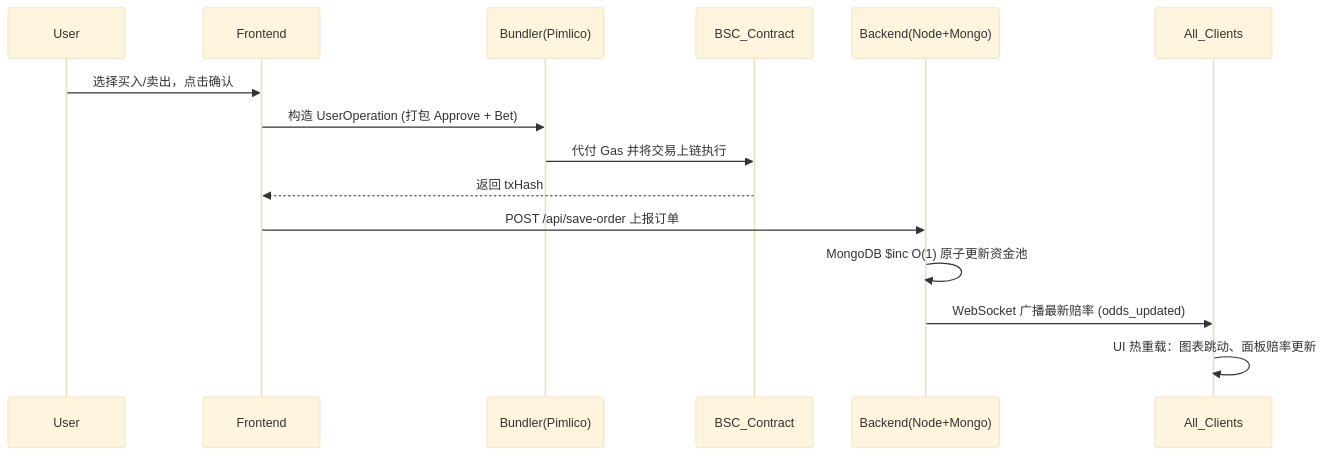
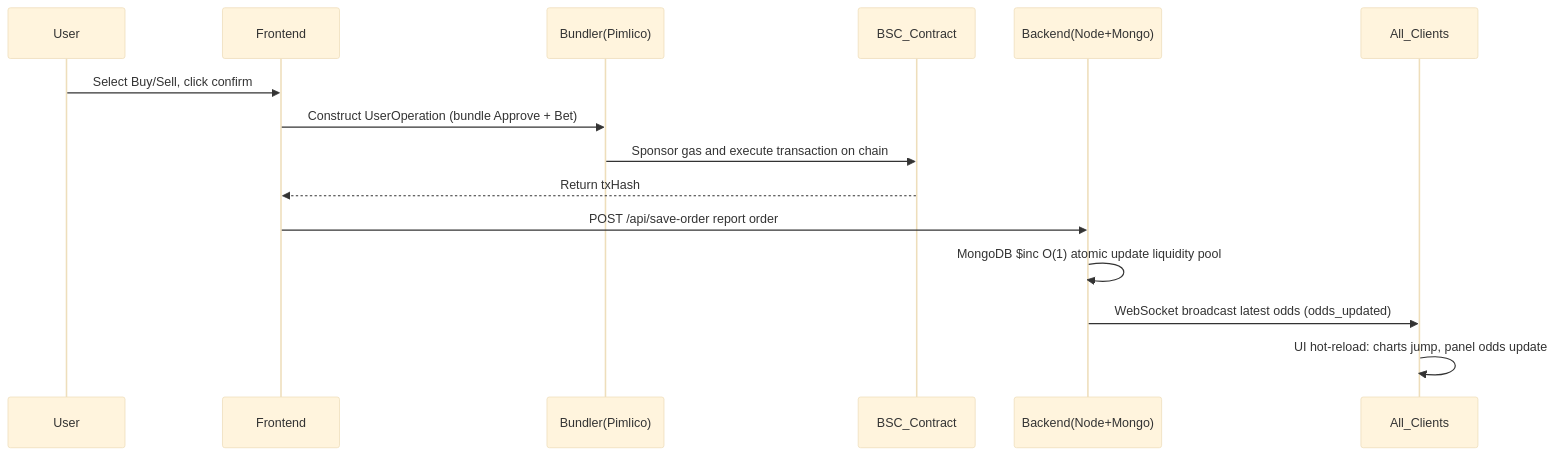
One commit to superhandishere/newmarket-web3 changed the first of 2 diagrams in README.md. Above: the diagram before and after it, drawn with Mermaid (base theme). The commit also changed other lines of this file, not shown here.

````diff
--- a/README.md
+++ b/README.md
@@ -72,18 +72,18 @@
 ```mermaid
 sequenceDiagram
     participant User
     participant Frontend
     participant Bundler as Bundler(Pimlico)
     participant BSC_Contract
     participant Backend as Backend(Node+Mongo)
     participant All_Clients
     
-    User->>Frontend: 选择买入/卖出，点击确认
-    Frontend->>Bundler: 构造 UserOperation (打包 Approve + Bet)
-    Bundler->>BSC_Contract: 代付 Gas 并将交易上链执行
-    BSC_Contract-->>Frontend: 返回 txHash
-    Frontend->>Backend: POST /api/save-order 上报订单
-    Backend->>Backend: MongoDB $inc O(1) 原子更新资金池
-    Backend->>All_Clients: WebSocket 广播最新赔率 (odds_updated)
-    All_Clients->>All_Clients: UI 热重载：图表跳动、面板赔率更新
+    User->>Frontend: Select Buy/Sell, click confirm
+    Frontend->>Bundler: Construct UserOperation (bundle Approve + Bet)
+    Bundler->>BSC_Contract: Sponsor gas and execute transaction on chain
+    BSC_Contract-->>Frontend: Return txHash
+    Frontend->>Backend: POST /api/save-order report order
+    Backend->>Backend: MongoDB $inc O(1) atomic update liquidity pool
+    Backend->>All_Clients: WebSocket broadcast latest odds (odds_updated)
+    All_Clients->>All_Clients: UI hot-reload: charts jump, panel odds update
 ```
````
